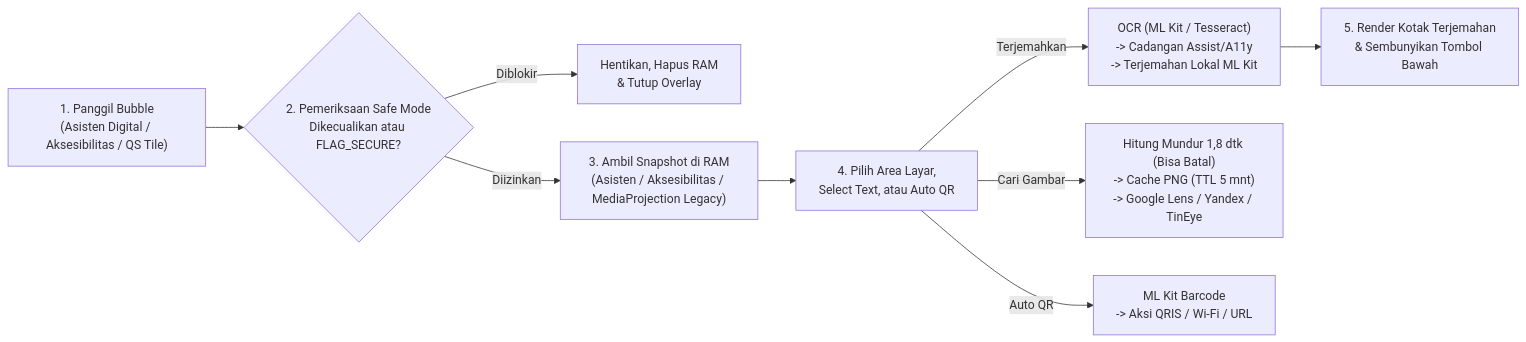
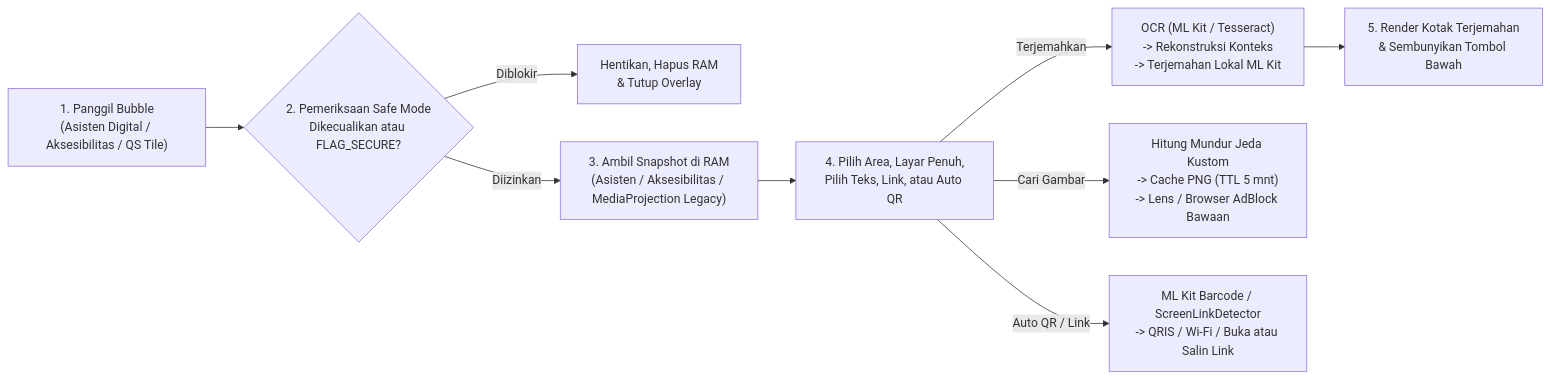
One commit to AprionoN-Officials/Bubble-Android changed the diagram in README_ID.md. Above: the diagram before and after it, drawn with Mermaid. The commit also changed other lines of this file and 46 other files, not shown here.

````diff
--- a/README_ID.md
+++ b/README_ID.md
@@ -339,11 +301,11 @@
 ```mermaid
 flowchart LR
     A["1. Panggil Bubble\n(Asisten Digital / Aksesibilitas / QS Tile)"] --> B{"2. Pemeriksaan Safe Mode\nDikecualikan atau FLAG_SECURE?"}
     B -->|Diblokir| C["Hentikan, Hapus RAM\n& Tutup Overlay"]
     B -->|Diizinkan| D["3. Ambil Snapshot di RAM\n(Asisten / Aksesibilitas / MediaProjection Legacy)"]
-    D --> E["4. Pilih Area Layar,\nSelect Text, atau Auto QR"]
-    E -->|Terjemahkan| F["OCR (ML Kit / Tesseract)\n-> Cadangan Assist/A11y\n-> Terjemahan Lokal ML Kit"]
-    E -->|Cari Gambar| G["Hitung Mundur 1,8 dtk (Bisa Batal)\n-> Cache PNG (TTL 5 mnt)\n-> Google Lens / Yandex / TinEye"]
-    E -->|Auto QR| H["ML Kit Barcode\n-> Aksi QRIS / Wi-Fi / URL"]
+    D --> E["4. Pilih Area, Layar Penuh,\nPilih Teks, Link, atau Auto QR"]
+    E -->|Terjemahkan| F["OCR (ML Kit / Tesseract)\n-> Rekonstruksi Konteks\n-> Terjemahan Lokal ML Kit"]
+    E -->|Cari Gambar| G["Hitung Mundur Jeda Kustom\n-> Cache PNG (TTL 5 mnt)\n-> Lens / Browser AdBlock Bawaan"]
+    E -->|Auto QR / Link| H["ML Kit Barcode / ScreenLinkDetector\n-> QRIS / Wi-Fi / Buka atau Salin Link"]
     F --> I["5. Render Kotak Terjemahan\n& Sembunyikan Tombol Bawah"]
 ```
````
